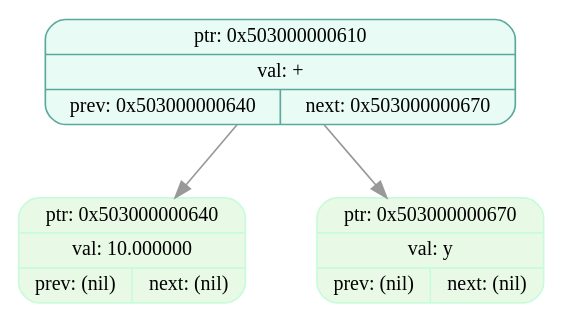
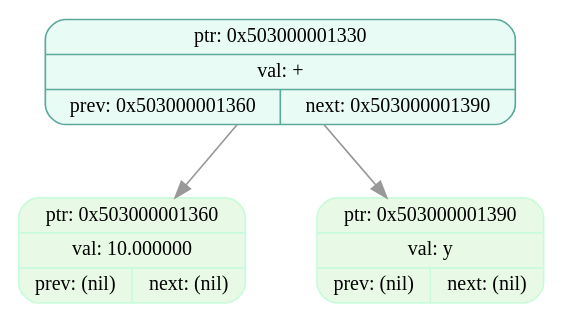
Before and after one commit to EvilTomato9890/Difference: the diagram in dumps/tree_dump_005.dot, drawn with Graphviz. The commit also changed 41 other files, not shown here.

```diff
--- a/dumps/tree_dump_005.dot
+++ b/dumps/tree_dump_005.dot
@@ -1,9 +1,9 @@
 digraph T{
   node [fontname="Fira Mono",shape=record,style="filled,rounded",fontsize=12];
   graph [splines=true, nodesep=0.6, ranksep=0.6];
-  node_0x503000000610[shape=record,label="{ {ptr: 0x503000000610} | {val: +} | { prev: 0x503000000640 | next: 0x503000000670 } }",color="#5aa99b",fillcolor="#e9fbf5"];
-  node_0x503000000640[shape=record,label="{ {ptr: 0x503000000640} | {val: 10.000000} | { prev: (nil) | next: (nil) } }",color="#c9fbdbff",fillcolor="#e8f9e5ff"];
-  node_0x503000000670[shape=record,label="{ {ptr: 0x503000000670} | {val: y} | { prev: (nil) | next: (nil) } }",color="#c9fbdbff",fillcolor="#e8f9e5ff"];
-  node_0x503000000610 -> node_0x503000000640 [color="#999999"];
-  node_0x503000000610 -> node_0x503000000670 [color="#999999"];
+  node_0x503000001330[shape=record,label="{ {ptr: 0x503000001330} | {val: +} | { prev: 0x503000001360 | next: 0x503000001390 } }",color="#5aa99b",fillcolor="#e9fbf5"];
+  node_0x503000001360[shape=record,label="{ {ptr: 0x503000001360} | {val: 10.000000} | { prev: (nil) | next: (nil) } }",color="#c9fbdbff",fillcolor="#e8f9e5ff"];
+  node_0x503000001390[shape=record,label="{ {ptr: 0x503000001390} | {val: y} | { prev: (nil) | next: (nil) } }",color="#c9fbdbff",fillcolor="#e8f9e5ff"];
+  node_0x503000001330 -> node_0x503000001360 [color="#999999"];
+  node_0x503000001330 -> node_0x503000001390 [color="#999999"];
 }
```
